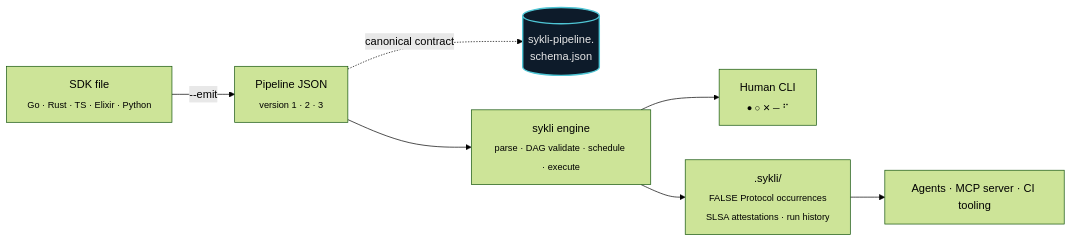
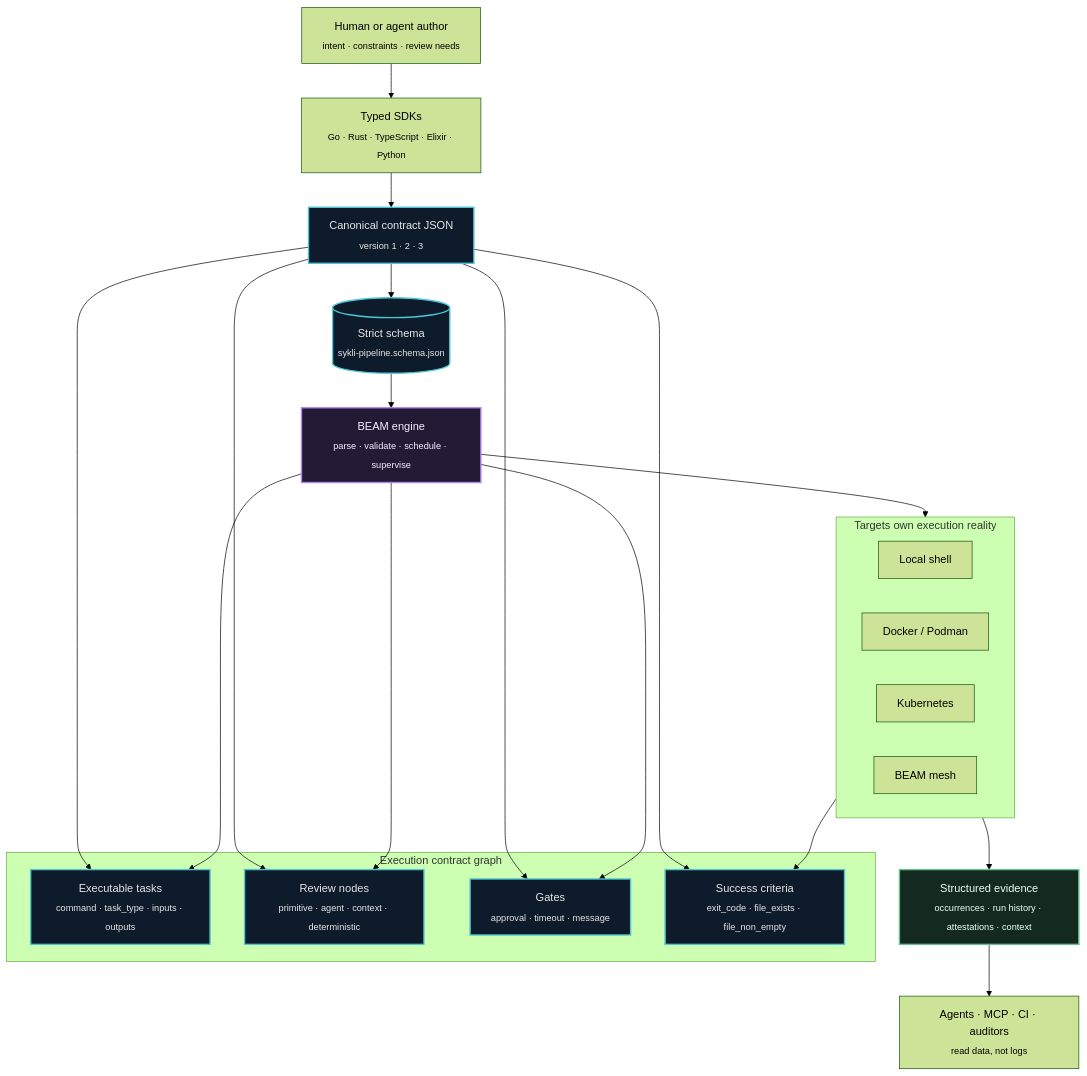
Before and after one commit to false-systems/sykli: the diagram in README.md, drawn with Mermaid (forest theme). The commit also changed other lines of this file, not shown here.

Commit message:
docs: clarify agent execution contract vision

````diff
--- a/README.md
+++ b/README.md
@@ -71,20 +125,47 @@
 ```mermaid
-flowchart LR
-    SDK["SDK file<br/><sub>Go · Rust · TS · Elixir · Python</sub>"]
-    JSON["Pipeline JSON<br/><sub>version 1 · 2 · 3</sub>"]
-    Schema[("sykli-pipeline.<br/>schema.json")]
-    Engine["sykli engine<br/><sub>parse · DAG validate · schedule · execute</sub>"]
-    CLI["Human CLI<br/><sub>● ○ ✕ ─ ⠋</sub>"]
-    Sykli[".sykli/<br/><sub>FALSE Protocol occurrences<br/>SLSA attestations · run history</sub>"]
-    Agents["Agents · MCP server · CI tooling"]
+flowchart TB
+    Human["Human or agent author<br/><sub>intent · constraints · review needs</sub>"]
+    SDK["Typed SDKs<br/><sub>Go · Rust · TypeScript · Elixir · Python</sub>"]
+    Contract["Canonical contract JSON<br/><sub>version 1 · 2 · 3</sub>"]
+    Schema[("Strict schema<br/><sub>sykli-pipeline.schema.json</sub>")]
+    Engine["BEAM engine<br/><sub>parse · validate · schedule · supervise</sub>"]
 
-    SDK -- "--emit" --> JSON
-    JSON -. "canonical contract" .-> Schema
-    JSON --> Engine
-    Engine --> CLI
-    Engine --> Sykli
-    Sykli --> Agents
+    subgraph Graph["Execution contract graph"]
+        Tasks["Executable tasks<br/><sub>command · task_type · inputs · outputs</sub>"]
+        Reviews["Review nodes<br/><sub>primitive · agent · context · deterministic</sub>"]
+        Gates["Gates<br/><sub>approval · timeout · message</sub>"]
+        Criteria["Success criteria<br/><sub>exit_code · file_exists · file_non_empty</sub>"]
+    end
+
+    subgraph Targets["Targets own execution reality"]
+        Local["Local shell"]
+        Containers["Docker / Podman"]
+        K8s["Kubernetes"]
+        Mesh["BEAM mesh"]
+    end
+
+    Evidence["Structured evidence<br/><sub>occurrences · run history · attestations · context</sub>"]
+    Tools["Agents · MCP · CI · auditors<br/><sub>read data, not logs</sub>"]
+
+    Human --> SDK --> Contract
+    Contract --> Schema
+    Schema --> Engine
+    Contract --> Tasks
+    Contract --> Reviews
+    Contract --> Gates
+    Contract --> Criteria
+    Engine --> Tasks
+    Engine --> Reviews
+    Engine --> Gates
+    Engine --> Targets
+    Targets --> Criteria
+    Targets --> Evidence
+    Evidence --> Tools
 
     classDef contract fill:#0d1b2a,stroke:#4ec5d4,color:#e6e6e6,stroke-width:2px;
-    class Schema contract;
+    classDef engine fill:#241a36,stroke:#b085f5,color:#f5f0ff,stroke-width:2px;
+    classDef evidence fill:#14291f,stroke:#65c18c,color:#effff5,stroke-width:2px;
+    class Contract,Schema,Tasks,Reviews,Gates,Criteria contract;
+    class Engine engine;
+    class Evidence evidence;
 ```
````
